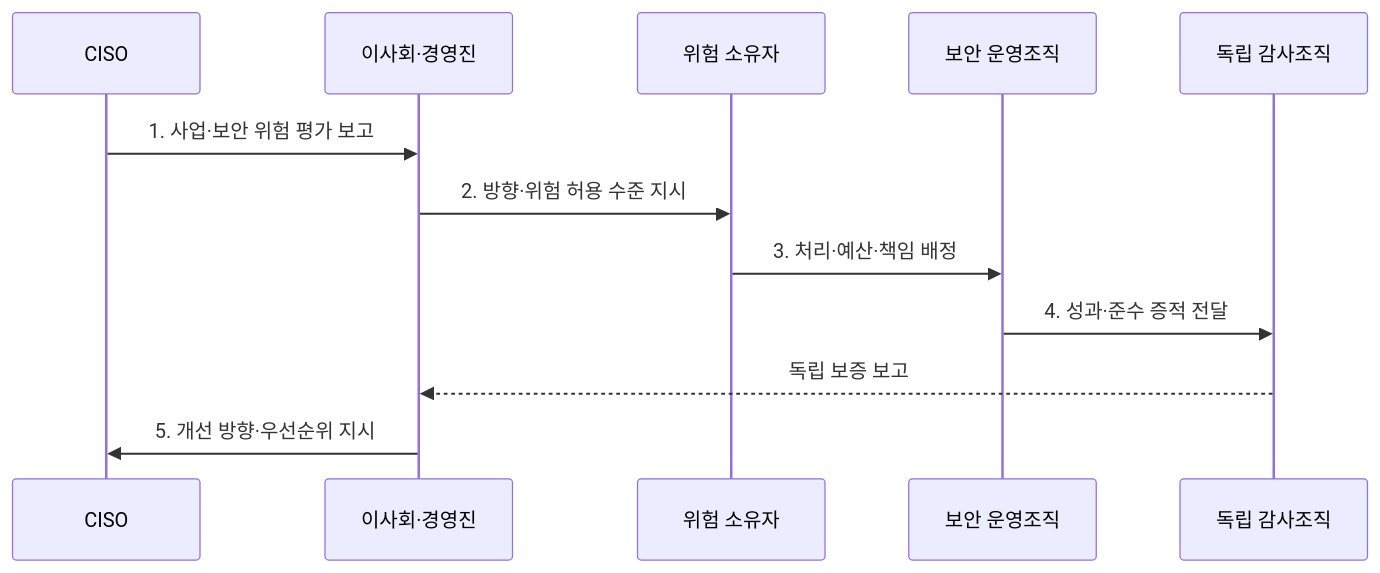
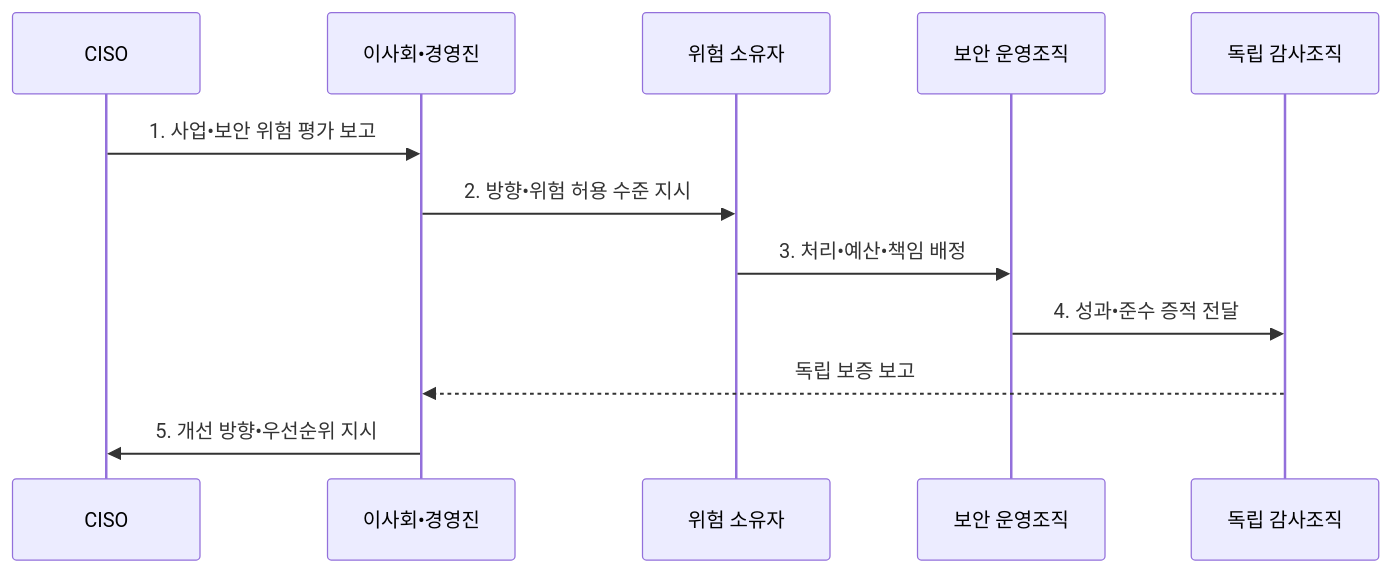
The second of 2 diagrams in src/content/docs/notes/05-security/112_information_security_governance.md (agnusdei1207/knowledge-base), drawn with Mermaid before and after one commit. The commit also changed other lines of this file and 953 other files, not shown here.

````diff
--- a/src/content/docs/notes/05-security/112_information_security_governance.md
+++ b/src/content/docs/notes/05-security/112_information_security_governance.md
@@ -99,14 +99,14 @@
 ```mermaid
 sequenceDiagram
   participant C as CISO
-  participant B as 이사회·경영진
+  participant B as 이사회•경영진
   participant R as 위험 소유자
   participant O as 보안 운영조직
   participant A as 독립 감사조직
-  C->>B: 1. 사업·보안 위험 평가 보고
-  B->>R: 2. 방향·위험 허용 수준 지시
-  R->>O: 3. 처리·예산·책임 배정
-  O->>A: 4. 성과·준수 증적 전달
+  C->>B: 1. 사업•보안 위험 평가 보고
+  B->>R: 2. 방향•위험 허용 수준 지시
+  R->>O: 3. 처리•예산•책임 배정
+  O->>A: 4. 성과•준수 증적 전달
   A-->>B: 독립 보증 보고
-  B->>C: 5. 개선 방향·우선순위 지시
+  B->>C: 5. 개선 방향•우선순위 지시
 ```
````
